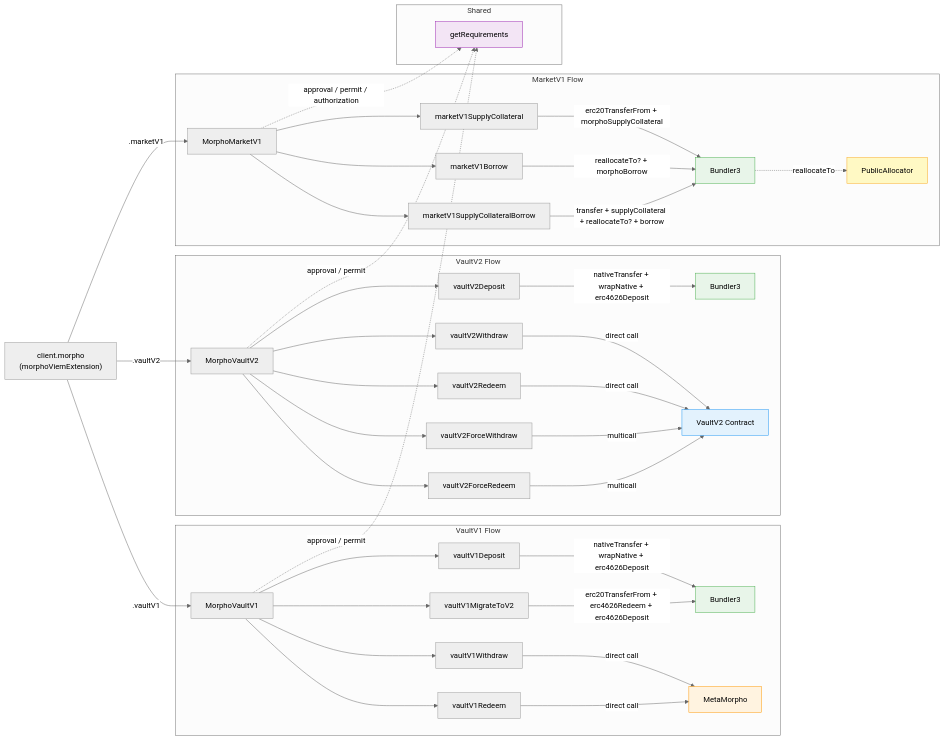
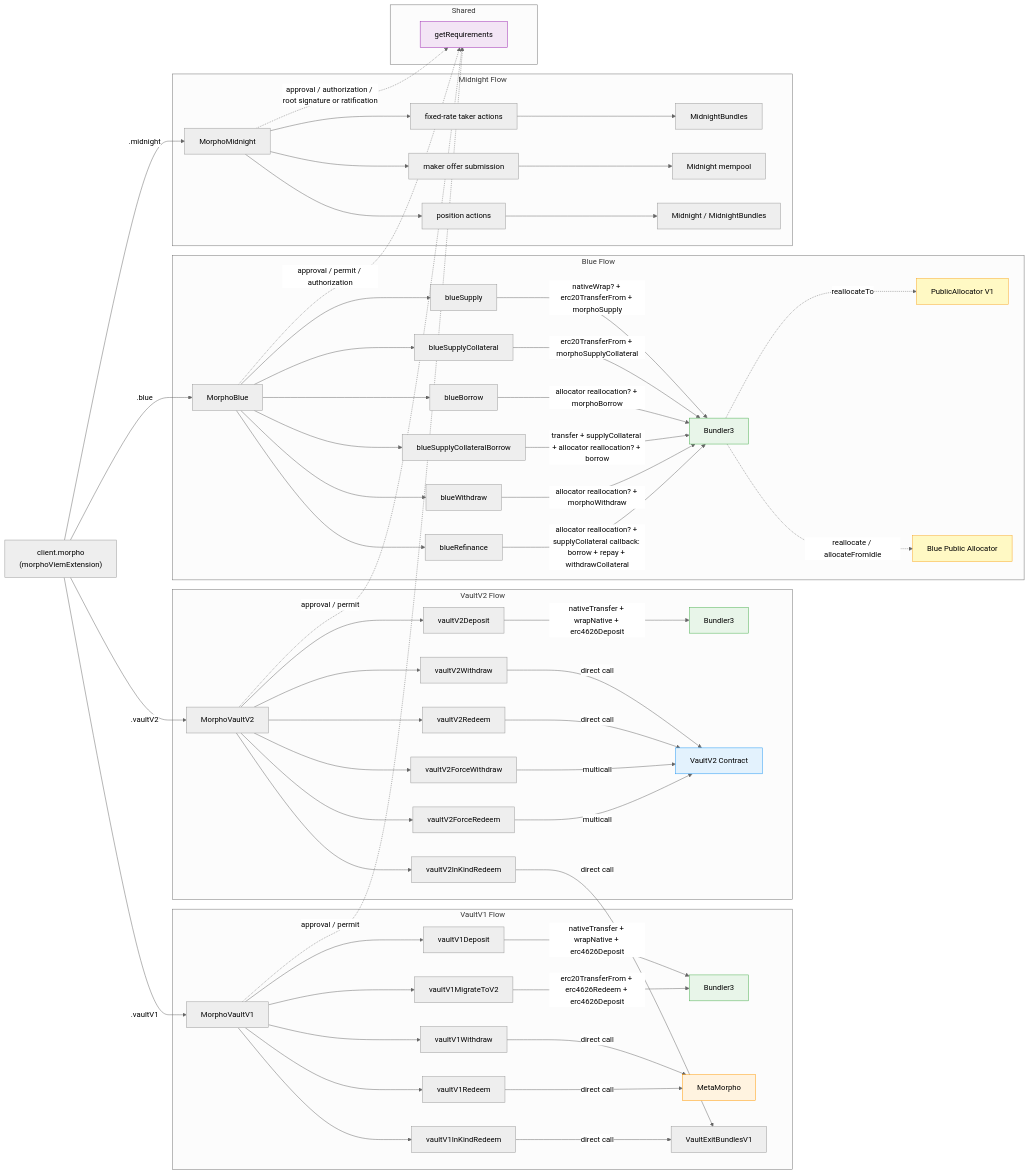
Before and after one commit to morpho-org/sdks: the diagram in packages/morpho-sdk/README.md, drawn with Mermaid (neutral theme). The commit also changed other lines of this file and 1134 other files, not shown here.

````diff
--- a/packages/morpho-sdk/README.md
+++ b/packages/morpho-sdk/README.md
@@ -411,18 +190,21 @@
 
     MC -->|.vaultV1| MV1
     MC -->|.vaultV2| MV2
-    MC -->|.marketV1| MM1
+    MC -->|.blue| MM1
+    MC -->|.midnight| MN1
 
     subgraph VaultV1 Flow
         MV1[MorphoVaultV1]
         MV1 --> V1D[vaultV1Deposit]
         MV1 --> V1W[vaultV1Withdraw]
         MV1 --> V1R[vaultV1Redeem]
+        MV1 --> V1IKR[vaultV1InKindRedeem]
         MV1 --> V1M[vaultV1MigrateToV2]
 
         V1D -->|nativeTransfer + wrapNative + erc4626Deposit| B1[Bundler3]
         V1W -->|direct call| MM[MetaMorpho]
         V1R -->|direct call| MM
+        V1IKR -->|direct call| VEB[VaultExitBundlesV1]
         V1M -->|erc20TransferFrom + erc4626Redeem + erc4626Deposit| B1
     end
 
@@ -431,27 +213,46 @@
         MV2 --> V2D[vaultV2Deposit]
         MV2 --> V2W[vaultV2Withdraw]
         MV2 --> V2R[vaultV2Redeem]
+        MV2 --> V2IKR[vaultV2InKindRedeem]
         MV2 --> V2FW[vaultV2ForceWithdraw]
         MV2 --> V2FR[vaultV2ForceRedeem]
 
         V2D -->|nativeTransfer + wrapNative + erc4626Deposit| B2[Bundler3]
         V2W -->|direct call| V2C[VaultV2 Contract]
         V2R -->|direct call| V2C
+        V2IKR -->|direct call| VEB
         V2FW -->|multicall| V2C
         V2FR -->|multicall| V2C
     end
 
-    subgraph MarketV1 Flow
-        MM1[MorphoMarketV1]
-        MM1 --> M1SC[marketV1SupplyCollateral]
-        MM1 --> M1B[marketV1Borrow]
-        MM1 --> M1SCB[marketV1SupplyCollateralBorrow]
+    subgraph Blue Flow
+        MM1[MorphoBlue]
+        MM1 --> M1S[blueSupply]
+        MM1 --> M1SC[blueSupplyCollateral]
+        MM1 --> M1B[blueBorrow]
+        MM1 --> M1SCB[blueSupplyCollateralBorrow]
+        MM1 --> M1W[blueWithdraw]
+        MM1 --> M1RF[blueRefinance]
 
-        M1SC -->|erc20TransferFrom + morphoSupplyCollateral| B3[Bundler3]
-        M1B -->|reallocateTo? + morphoBorrow| B3
-        M1SCB -->|transfer + supplyCollateral + reallocateTo? + borrow| B3
+        M1S -->|nativeWrap? + erc20TransferFrom + morphoSupply| B3[Bundler3]
+        M1SC -->|erc20TransferFrom + morphoSupplyCollateral| B3
+        M1B -->|allocator reallocation? + morphoBorrow| B3
+        M1SCB -->|transfer + supplyCollateral + allocator reallocation? + borrow| B3
+        M1W -->|allocator reallocation? + morphoWithdraw| B3
+        M1RF -->|allocator reallocation? + supplyCollateral callback: borrow + repay + withdrawCollateral| B3
 
-        B3 -.->|reallocateTo| PA[PublicAllocator]
+        B3 -.->|reallocateTo| PA1[PublicAllocator V1]
+        B3 -.->|reallocate / allocateFromIdle| BPA[Blue Public Allocator]
+    end
+
+    subgraph Midnight Flow
+        MN1[MorphoMidnight]
+        MN1 --> MNT[fixed-rate taker actions]
+        MN1 --> MNM[maker offer submission]
+        MN1 --> MNP[position actions]
+        MNT --> MNB[MidnightBundles]
+        MNM --> MNMP[Midnight mempool]
+        MNP --> MNC[Midnight / MidnightBundles]
     end
 
 
@@ -462,6 +263,7 @@
     MV1 -.->|approval / permit| REQ
     MV2 -.->|approval / permit| REQ
     MM1 -.->|approval / permit / authorization| REQ
+    MN1 -.->|approval / authorization / root signature or ratification| REQ
 
     style B1 fill:#e8f5e9,stroke:#4caf50
     style B2 fill:#e8f5e9,stroke:#4caf50
@@ -469,5 +271,6 @@
     style MM fill:#fff3e0,stroke:#ff9800
     style V2C fill:#e3f2fd,stroke:#2196f3
     style REQ fill:#f3e5f5,stroke:#9c27b0
-    style PA fill:#fff9c4,stroke:#f9a825
+    style PA1 fill:#fff9c4,stroke:#f9a825
+    style BPA fill:#fff9c4,stroke:#f9a825
 ```
````
